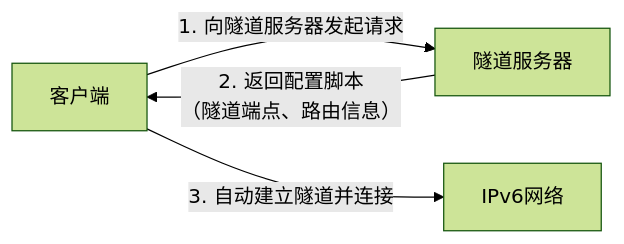
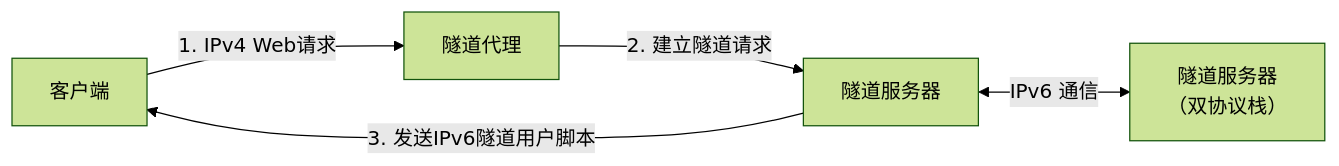
One commit to navi0231/Network-Engineer-Note changed the diagram in 5-Internet-connection/5.3-IPv4-over-IPv6.md. Above: the diagram before and after it, drawn with Mermaid (forest theme). The commit also changed other lines of this file, not shown here.

````diff
--- a/5-Internet-connection/5.3-IPv4-over-IPv6.md
+++ b/5-Internet-connection/5.3-IPv4-over-IPv6.md
@@ -24,6 +24,7 @@
 ```mermaid
 graph LR
-    Client[客户端] -->|1. 向隧道服务器发起请求| Server[隧道服务器]
-    Server -->|2. 返回配置脚本<br>（隧道端点、路由信息）| Client
-    Client -->|3. 自动建立隧道并连接| IPv6[IPv6网络]
+    Client[客户端] -->|1. IPv4 Web请求| TunnelAgent[隧道代理]
+    TunnelAgent -->|2. 建立隧道请求| TunnelServer[隧道服务器]
+    TunnelServer -->|3. 发送IPv6隧道用户脚本| Client
+    TunnelServer <-->|IPv6 通信| DualStackServer[隧道服务器<br>（双协议栈）]
 ```
````
